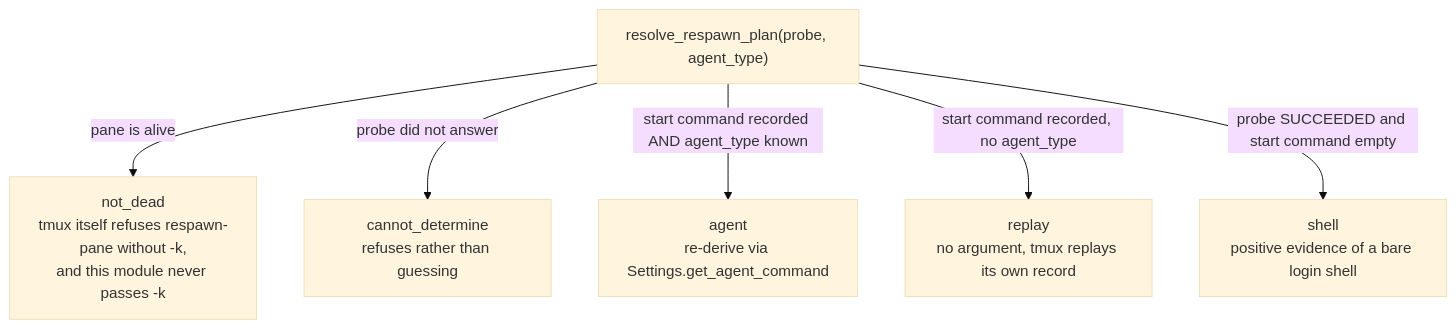
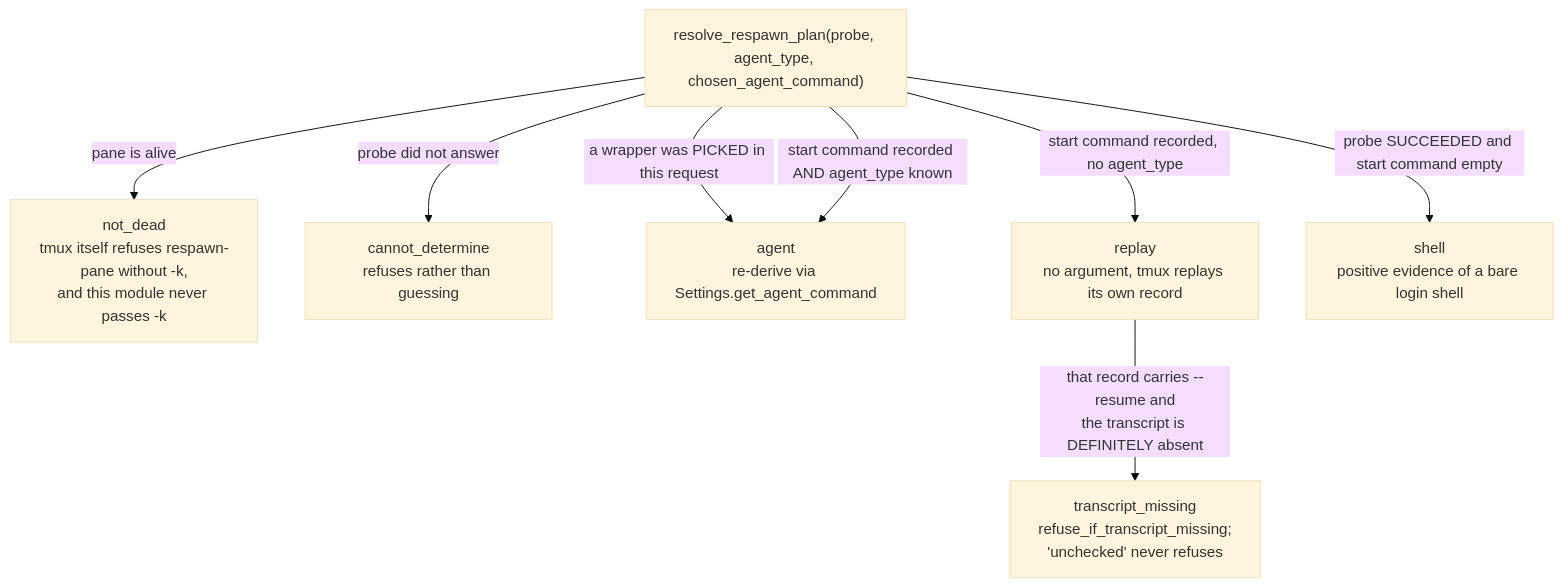
Before and after one commit to ccsliinc/CloudeCode: diagram 12 of 12 in docs/session-status-model.md, drawn with Mermaid (base theme). The commit also changed other lines of this file and 27 other files, not shown here.

````diff
--- a/docs/session-status-model.md
+++ b/docs/session-status-model.md
@@ -327,9 +327,11 @@
 ```mermaid
 flowchart TD
-    RP["resolve_respawn_plan(probe, agent_type)"]
+    RP["resolve_respawn_plan(probe, agent_type, chosen_agent_command)"]
     RP -->|"pane is alive"| ND["not_dead<br/>tmux itself refuses respawn-pane without -k,<br/>and this module never passes -k"]
     RP -->|"probe did not answer"| CD["cannot_determine<br/>refuses rather than guessing"]
+    RP -->|"a wrapper was PICKED in this request"| AG
     RP -->|"start command recorded AND agent_type known"| AG["agent<br/>re-derive via Settings.get_agent_command"]
     RP -->|"start command recorded, no agent_type"| RL["replay<br/>no argument, tmux replays its own record"]
+    RL -->|"that record carries --resume and<br/>the transcript is DEFINITELY absent"| TM["transcript_missing<br/>refuse_if_transcript_missing;<br/>'unchecked' never refuses"]
     RP -->|"probe SUCCEEDED and start command empty"| SH["shell<br/>positive evidence of a bare login shell"]
 ```
````
